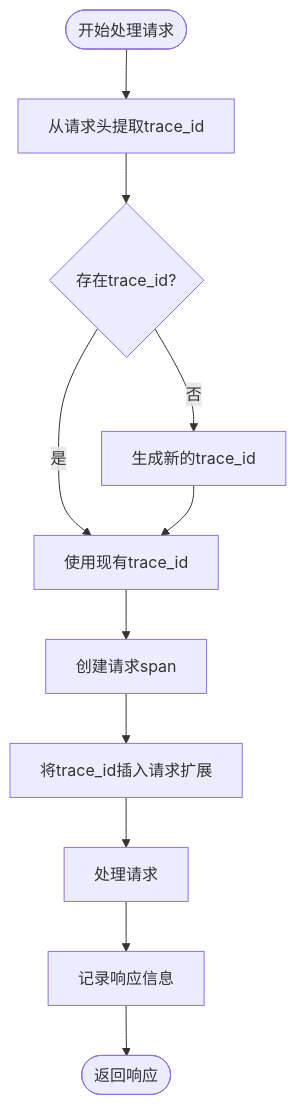
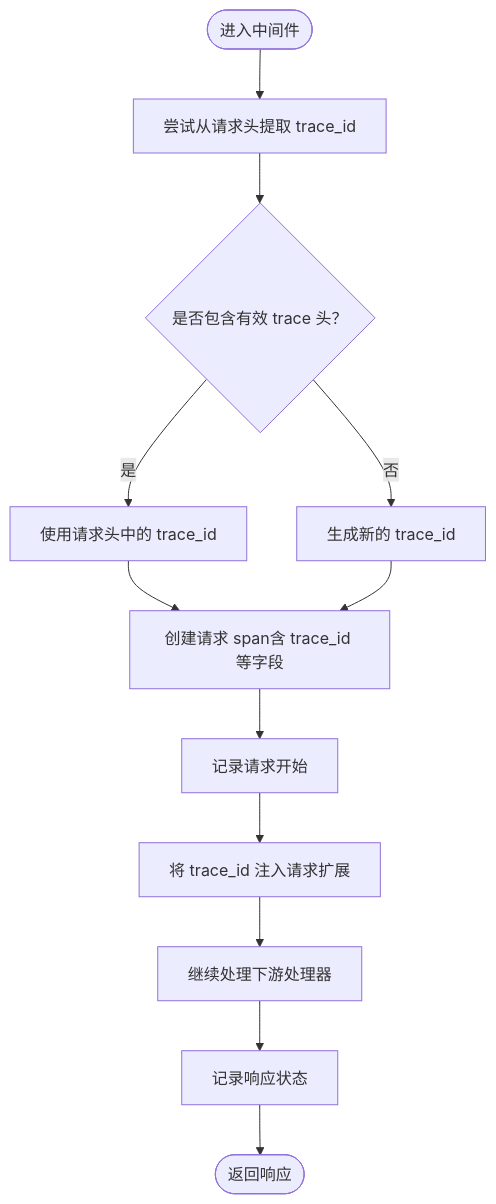
Before and after one commit to nuwax-ai/rcoder: the third of 6 diagrams in .qoder/repowiki/zh/content/可观测性/可观测性.md, drawn with Mermaid. The commit also changed other lines of this file and 185 other files, not shown here.

````diff
--- a/.qoder/repowiki/zh/content/可观测性/可观测性.md
+++ b/.qoder/repowiki/zh/content/可观测性/可观测性.md
@@ -89,13 +181,14 @@
 ```mermaid
 flowchart TD
-Start([开始处理请求]) --> ExtractTraceId["从请求头提取trace_id"]
-ExtractTraceId --> HasTraceId{"存在trace_id?"}
-HasTraceId --> |是| UseExisting["使用现有trace_id"]
-HasTraceId --> |否| GenerateNew["生成新的trace_id"]
-GenerateNew --> UseExisting
-UseExisting --> CreateSpan["创建请求span"]
-CreateSpan --> InsertToRequest["将trace_id插入请求扩展"]
-InsertToRequest --> ProcessRequest["处理请求"]
-ProcessRequest --> LogResponse["记录响应信息"]
-LogResponse --> End([返回响应])
+Start(["进入中间件"]) --> Extract["尝试从请求头提取 trace_id"]
+Extract --> HasHeader{"是否包含有效 trace 头？"}
+HasHeader --> |是| UseHeader["使用请求头中的 trace_id"]
+HasHeader --> |否| GenNew["生成新的 trace_id"]
+UseHeader --> CreateSpan["创建请求 span含 trace_id 等字段"]
+GenNew --> CreateSpan
+CreateSpan --> LogStart["记录请求开始"]
+LogStart --> Inject["将 trace_id 注入请求扩展"]
+Inject --> RunHandler["继续处理下游处理器"]
+RunHandler --> LogEnd["记录响应状态"]
+LogEnd --> End(["返回响应"])
 ```
````
